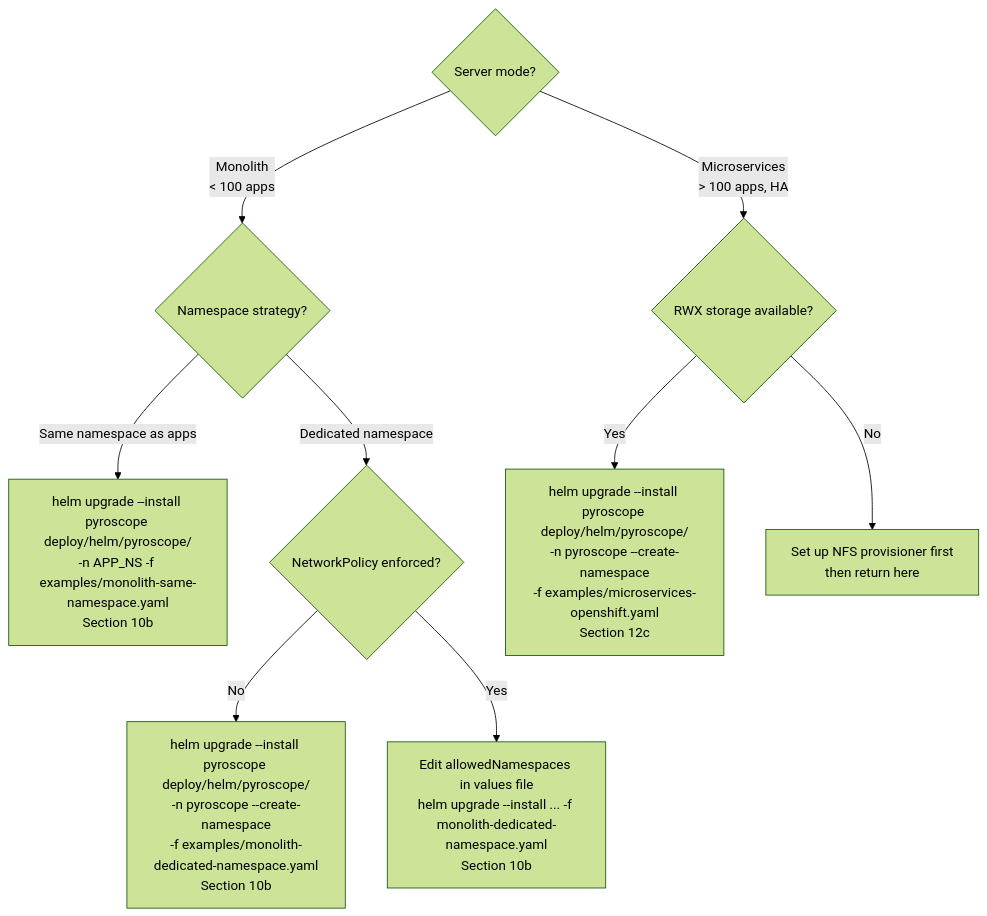
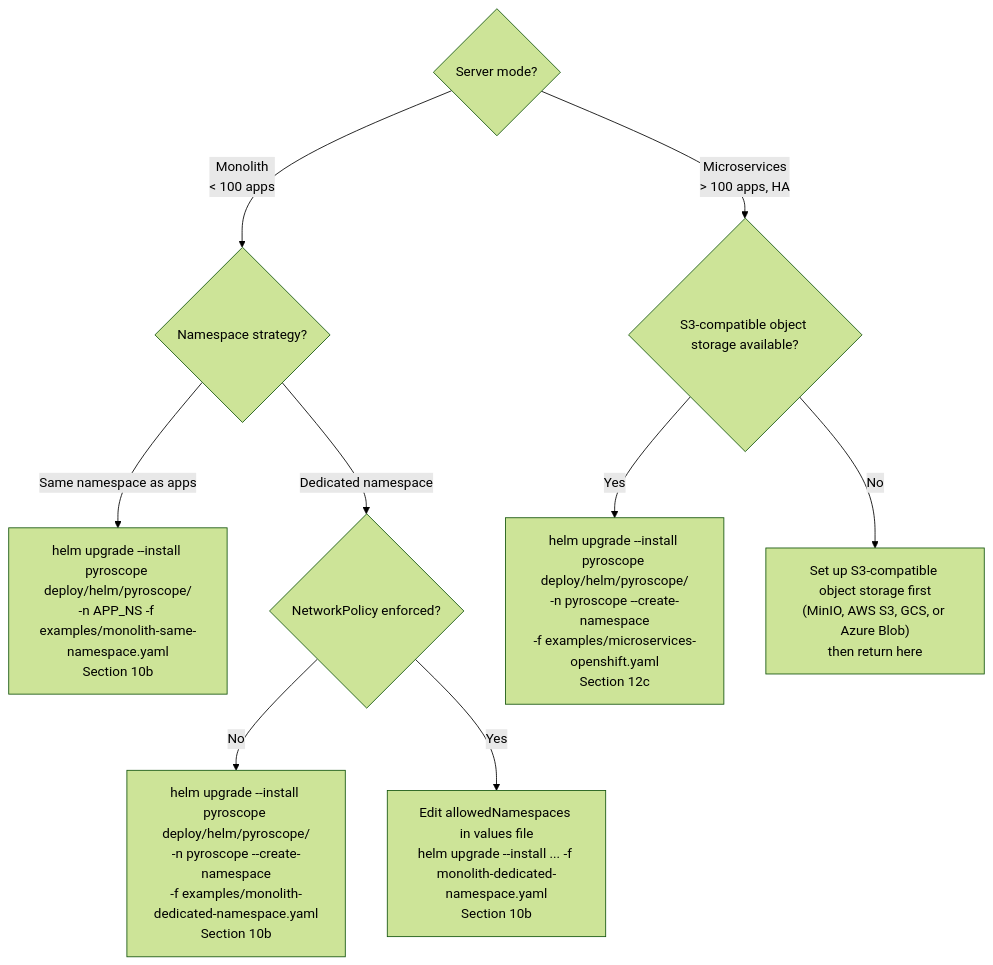
Before and after one commit to aff0gat000/pyroscope: the seventh of 15 diagrams in docs/deployment-guide.md, drawn with Mermaid (forest theme). The commit also changed other lines of this file and 13 other files, not shown here.

````diff
--- a/docs/deployment-guide.md
+++ b/docs/deployment-guide.md
@@ -250,14 +250,14 @@
 ```mermaid
 graph TD
     A{Server mode?} -->|"Monolith<br/>< 100 apps"| B{Namespace strategy?}
-    A -->|"Microservices<br/>> 100 apps, HA"| C{RWX storage available?}
+    A -->|"Microservices<br/>> 100 apps, HA"| C{S3-compatible object storage available?}
 
     B -->|Same namespace as apps| D["helm upgrade --install pyroscope deploy/helm/pyroscope/<br/>-n APP_NS -f examples/monolith-same-namespace.yaml<br/>Section 10b"]
     B -->|Dedicated namespace| E{NetworkPolicy enforced?}
 
     E -->|No| F["helm upgrade --install pyroscope deploy/helm/pyroscope/<br/>-n pyroscope --create-namespace<br/>-f examples/monolith-dedicated-namespace.yaml<br/>Section 10b"]
     E -->|Yes| G["Edit allowedNamespaces in values file<br/>helm upgrade --install ... -f monolith-dedicated-namespace.yaml<br/>Section 10b"]
 
     C -->|Yes| H["helm upgrade --install pyroscope deploy/helm/pyroscope/<br/>-n pyroscope --create-namespace<br/>-f examples/microservices-openshift.yaml<br/>Section 12c"]
-    C -->|No| I["Set up NFS provisioner first<br/>then return here"]
+    C -->|No| I["Set up S3-compatible object storage first<br/>(MinIO, AWS S3, GCS, or Azure Blob)<br/>then return here"]
 ```
````
